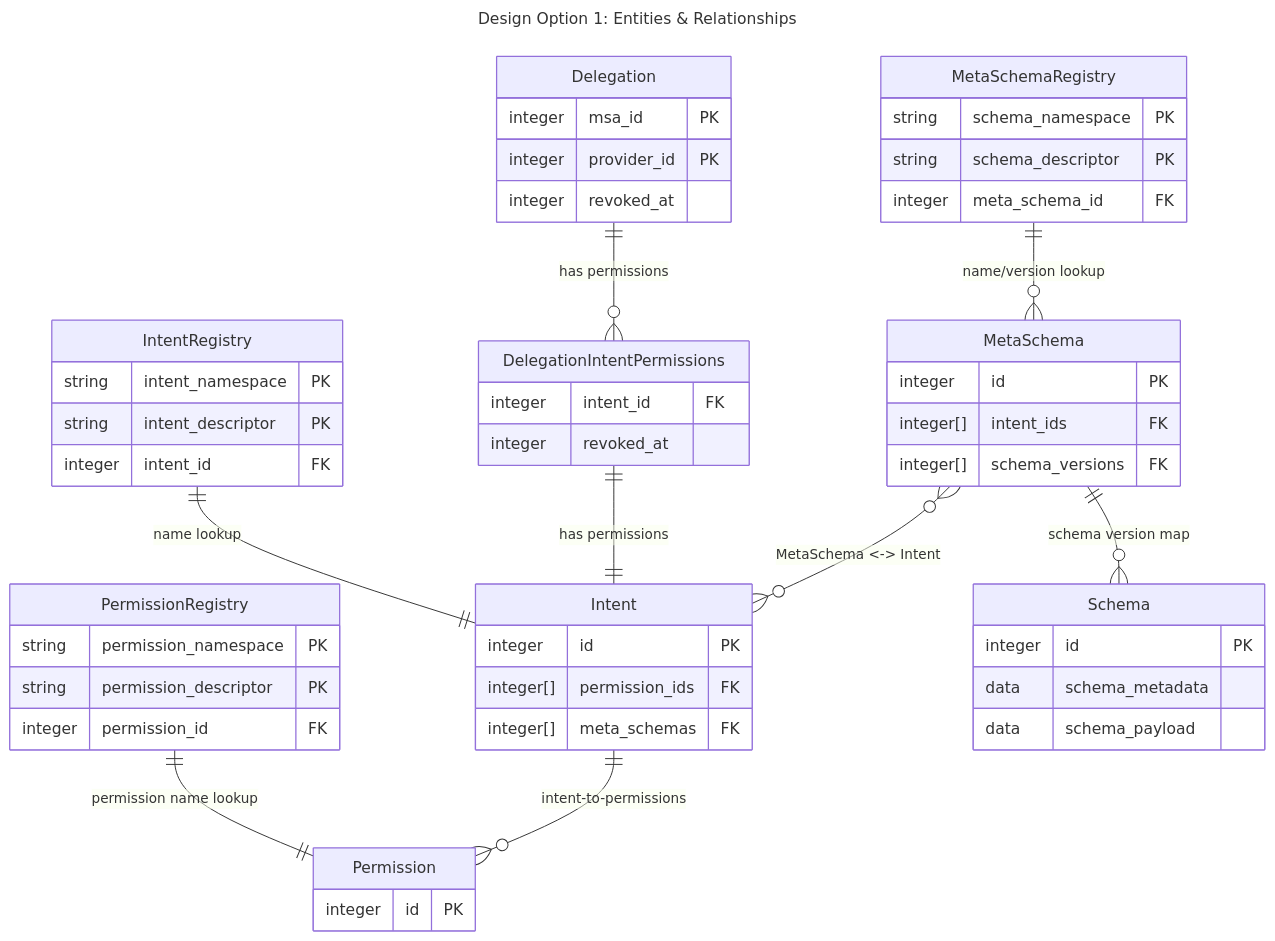
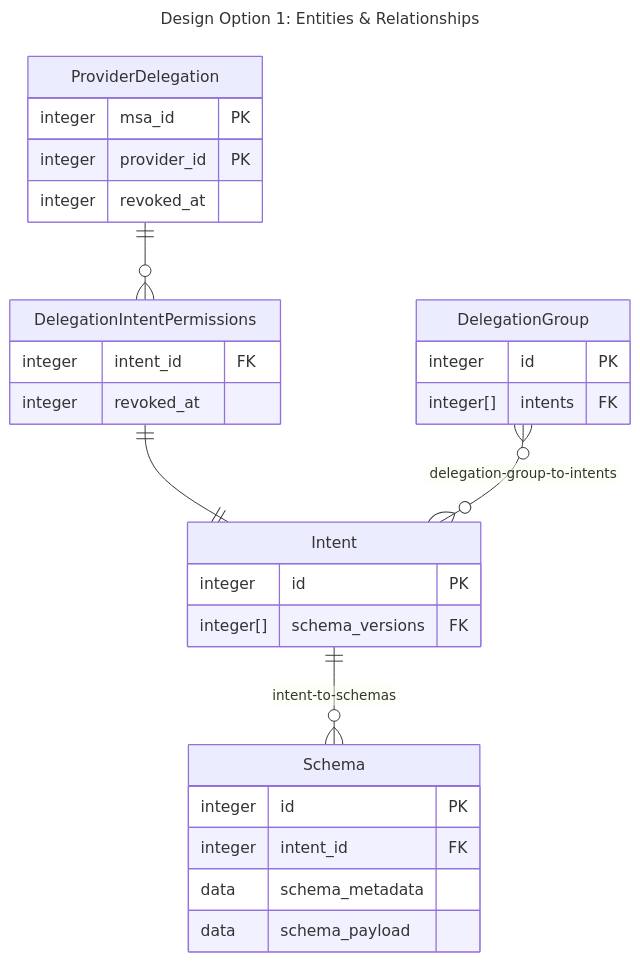
The second of 3 diagrams in designdocs/schema_options.md (frequency-chain/frequency), drawn with Mermaid before and after one commit. The commit also changed other lines of this file, not shown here.

Commit message:
revised high level design with delegation groups and no migrations

````diff
--- a/designdocs/schema_options.md
+++ b/designdocs/schema_options.md
@@ -75,57 +78,34 @@
 ```mermaid
 ---
 title: "Design Option 1: Entities & Relationships"
 ---
 erDiagram
-    MetaSchemaRegistry {
-        string schema_namespace PK
-        string schema_descriptor PK
-        integer meta_schema_id FK
-    }
-    MetaSchema {
+    Intent {
         integer id PK
-        integer[] intent_ids FK
         integer[] schema_versions FK
     }
-    IntentRegistry {
-        string intent_namespace PK
-        string intent_descriptor PK
-        integer intent_id FK
-    }
-    Intent {
-        integer id PK
-        integer[] permission_ids FK
-        integer[] meta_schemas FK
-    }
-    PermissionRegistry {
-        string permission_namespace PK
-        string permission_descriptor PK
-        integer permission_id FK
-    }
-    Permission {
-        integer id PK
-    }
-    Delegation {
+    ProviderDelegation {
         integer msa_id PK
         integer provider_id PK
         integer revoked_at
     }
     DelegationIntentPermissions {
         integer intent_id FK
         integer revoked_at
     }
+    DelegationGroup {
+        integer id PK
+        integer[] intents FK
+    }
     Schema {
         integer id PK
+        integer intent_id FK
         data schema_metadata
         data schema_payload
     }
 
-    MetaSchemaRegistry ||--o{ MetaSchema: "name/version lookup"
-    MetaSchema ||--o{ Schema: "schema version map"
-    IntentRegistry ||--|| Intent: "name lookup"
-    PermissionRegistry ||--|| Permission: "permission name lookup"
-    Delegation ||--o{ DelegationIntentPermissions: "has permissions"
-    DelegationIntentPermissions ||--|| Intent: "has permissions"
-    MetaSchema }o--o{ Intent: "MetaSchema <-> Intent"
-    Intent ||--o{ Permission: "intent-to-permissions"
+    Intent ||--o{ Schema: "intent-to-schemas"
+    ProviderDelegation ||--o{ DelegationIntentPermissions: ""
+    DelegationIntentPermissions ||--|| Intent: ""
+    DelegationGroup }o--o{ Intent: "delegation-group-to-intents"
 ```
````
